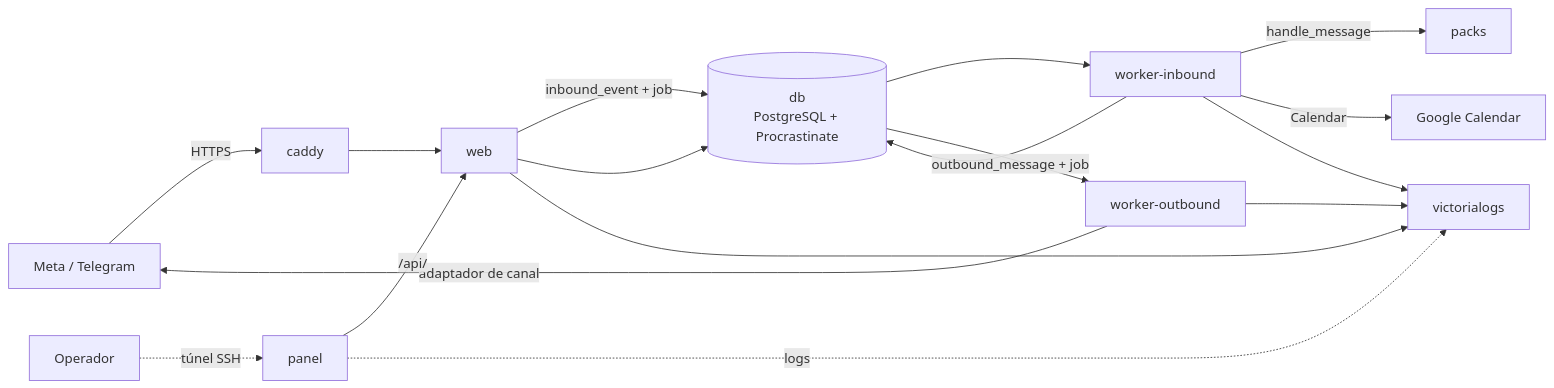
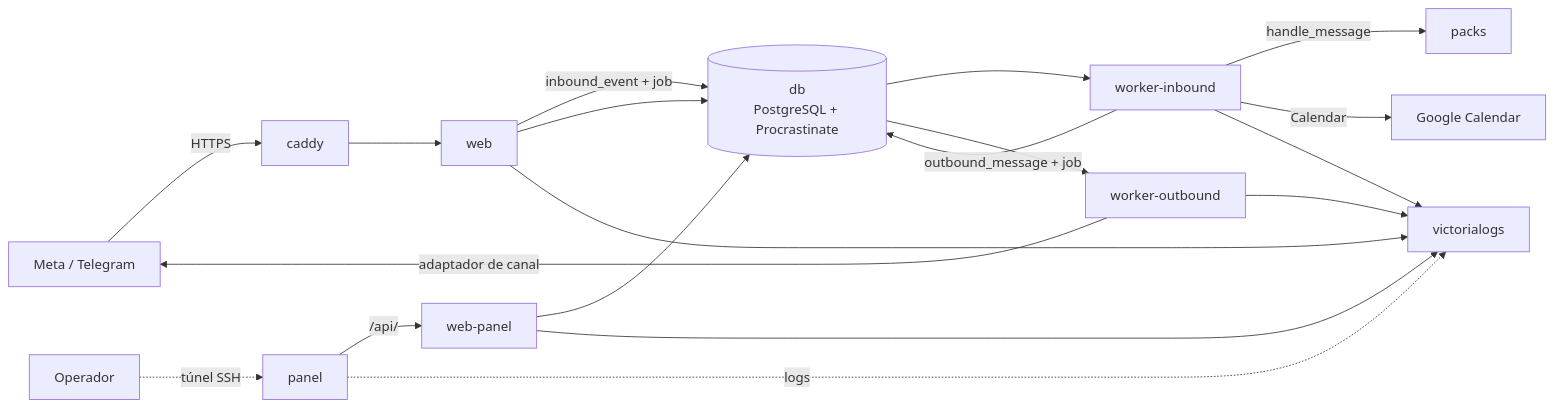
The diagram in docs/arquitectura/vision-general.md (MarianodelRio/autobot), drawn with Mermaid before and after one commit. The commit also changed other lines of this file and 172 other files, not shown here.

````diff
--- a/docs/arquitectura/vision-general.md
+++ b/docs/arquitectura/vision-general.md
@@ -27,17 +30,18 @@
 ```mermaid
 flowchart LR
     P[Meta / Telegram] -->|HTTPS| C[caddy]
     C --> W[web]
     W -->|inbound_event + job| DB[(db<br/>PostgreSQL + Procrastinate)]
     DB --> WI[worker-inbound]
     WI -->|handle_message| PK[packs]
     WI -->|outbound_message + job| DB
     DB --> WO[worker-outbound]
     WO -->|adaptador de canal| P
     WI -->|Calendar| G[Google Calendar]
     OP[Operador] -.túnel SSH.-> PA[panel]
-    PA -->|/api/| W
+    PA -->|/api/| WP[web-panel]
+    WP --> DB
     W --> DB
-    W & WI & WO --> VL[victorialogs]
+    W & WP & WI & WO --> VL[victorialogs]
     PA -.logs.-> VL
 ```
````
